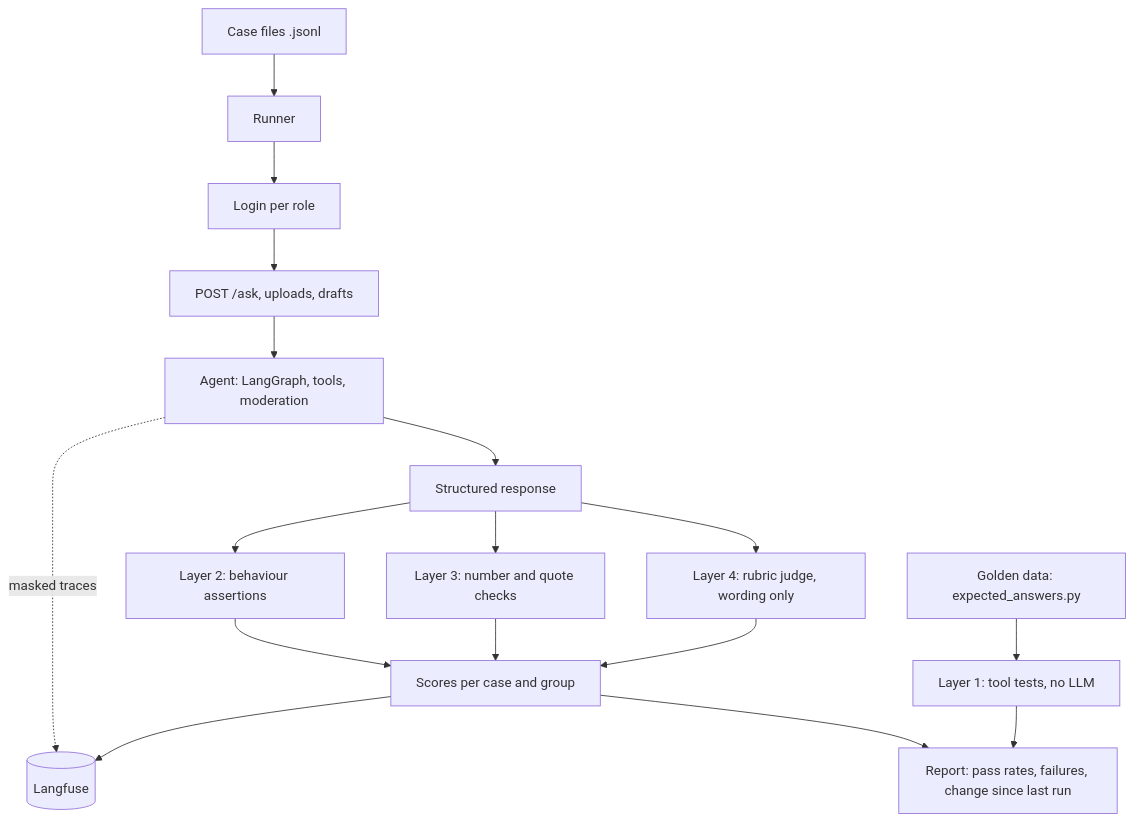
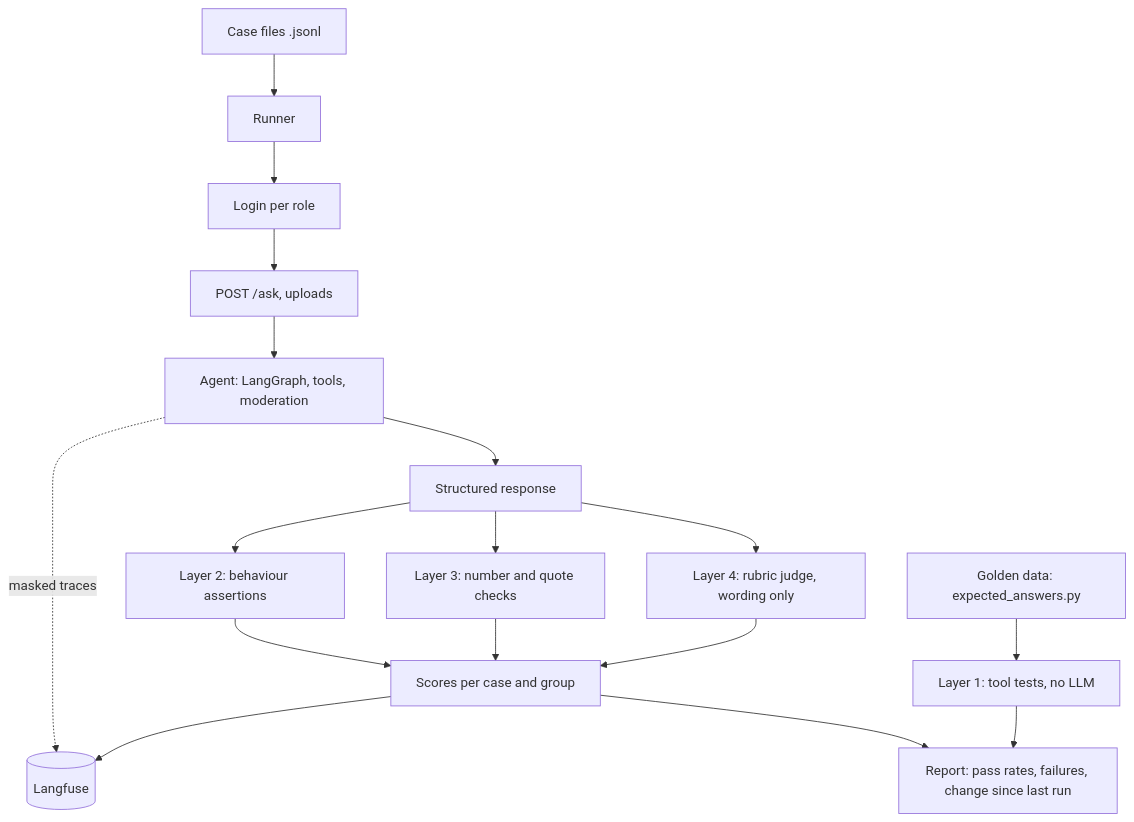
The diagram in evaluation_spec.md (PhalanndwaZ/Business-Assistant-AI-agent), drawn with Mermaid before and after one commit. The commit also changed other lines of this file and 56 other files, not shown here.

````diff
--- a/evaluation_spec.md
+++ b/evaluation_spec.md
@@ -56,17 +56,17 @@
 ```mermaid
 flowchart TD
     G[Golden data: expected_answers.py] --> T1[Layer 1: tool tests, no LLM]
     C[Case files .jsonl] --> RN[Runner]
     RN --> LG[Login per role]
-    LG --> API[POST /ask, uploads, drafts]
+    LG --> API[POST /ask, uploads]
     API --> APP[Agent: LangGraph, tools, moderation]
     APP --> RESP[Structured response]
     RESP --> A2[Layer 2: behaviour assertions]
     RESP --> A3[Layer 3: number and quote checks]
     RESP --> A4[Layer 4: rubric judge, wording only]
     A2 & A3 & A4 --> SC[Scores per case and group]
     APP -.masked traces.-> LF[(Langfuse)]
     SC --> LF
     SC --> RP[Report: pass rates, failures, change since last run]
     T1 --> RP
 ```
````
